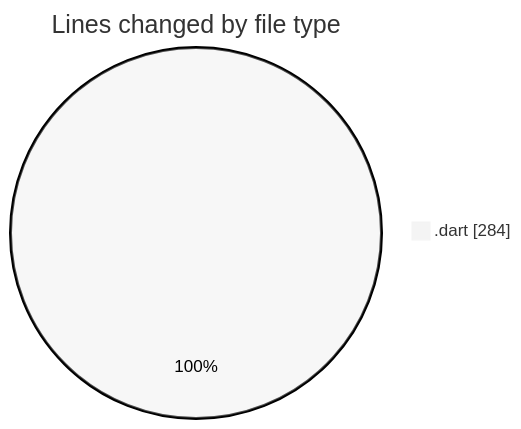
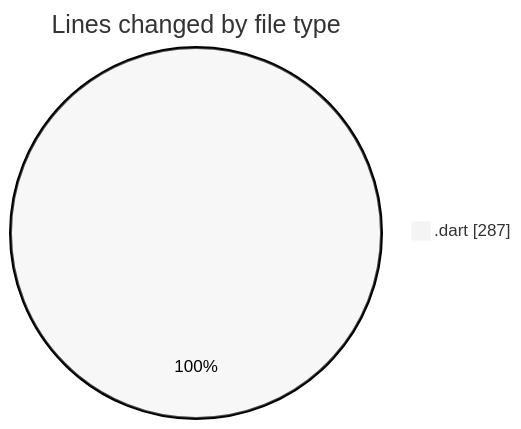
The first of 2 diagrams in 2025-02-18/uber_clone/README.md (donsfak/code-tracking), drawn with Mermaid (neutral theme) before and after one commit. The commit also changed other lines of this file and 1 other file, not shown here.

````diff
--- a/2025-02-18/uber_clone/README.md
+++ b/2025-02-18/uber_clone/README.md
@@ -21,5 +21,5 @@
 ```mermaid
 pie showData
 title Lines changed by file type
-".dart" : 284
+".dart" : 287
 ```
````
